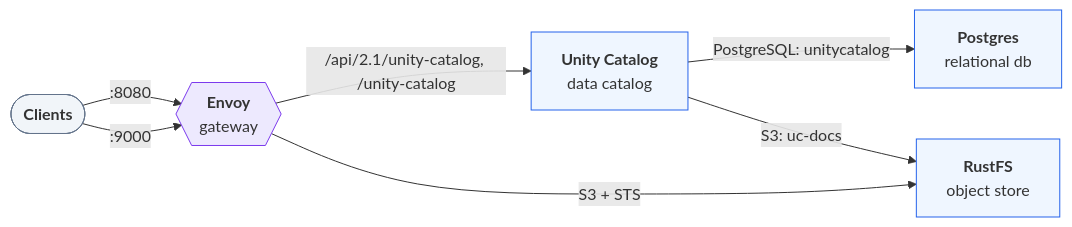
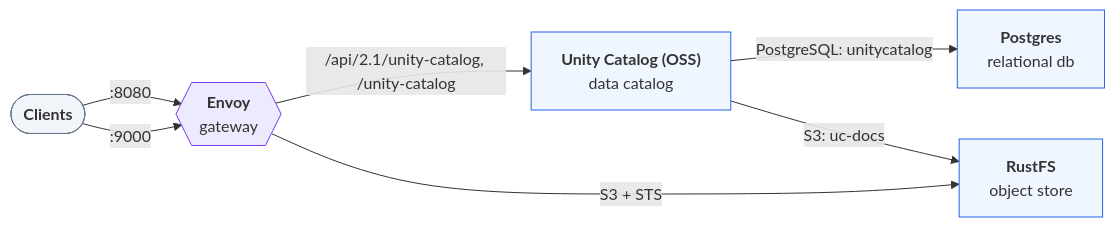
Before and after one commit to open-lakehouse/trestle: the diagram in crates/stack-topology/tests/fixtures/plan/docs-uc-aws/rendered/README.md, drawn with Mermaid. The commit also changed 138 other files, not shown here.

````diff
--- a/crates/stack-topology/tests/fixtures/plan/docs-uc-aws/rendered/README.md
+++ b/crates/stack-topology/tests/fixtures/plan/docs-uc-aws/rendered/README.md
@@ -9,18 +9,18 @@
 ```mermaid
 flowchart LR
     n0(["<b>Clients</b>"]):::clients
     n1{{"<b>Envoy</b><br/>gateway"}}:::gateway
     n2["<b>Postgres</b><br/>relational db"]:::component
     n3["<b>RustFS</b><br/>object store"]:::component
-    n4["<b>Unity Catalog</b><br/>data catalog"]:::component
+    n4["<b>Unity Catalog (OSS)</b><br/>data catalog"]:::component
     n0 -->|":8080"| n1
     n0 -->|":9000"| n1
     n1 -->|"/api/2.1/unity-catalog, /unity-catalog"| n4
     n1 -->|"S3 + STS"| n3
     n4 -->|"PostgreSQL: unitycatalog"| n2
     n4 -->|"S3: uc-docs"| n3
     classDef clients fill:#f1f5f9,stroke:#64748b
     classDef gateway fill:#ede9fe,stroke:#7c3aed
     classDef component fill:#eff6ff,stroke:#2563eb
     classDef external fill:#fafafa,stroke:#737373,stroke-dasharray: 4 3
 ```
````
